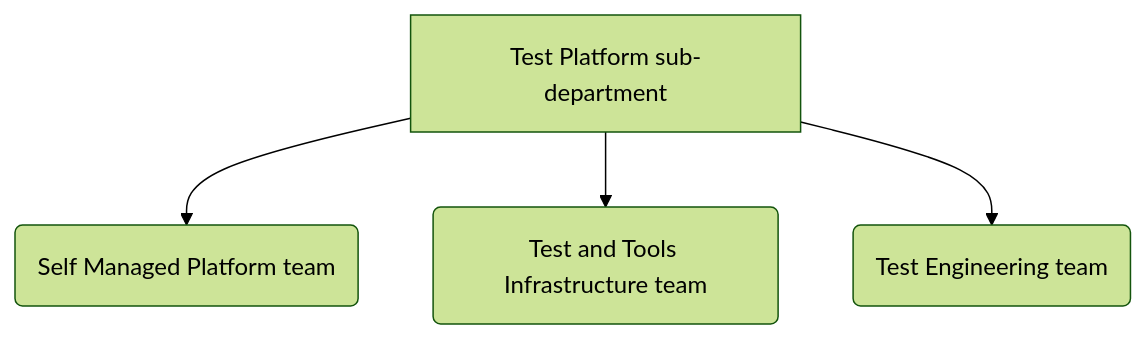
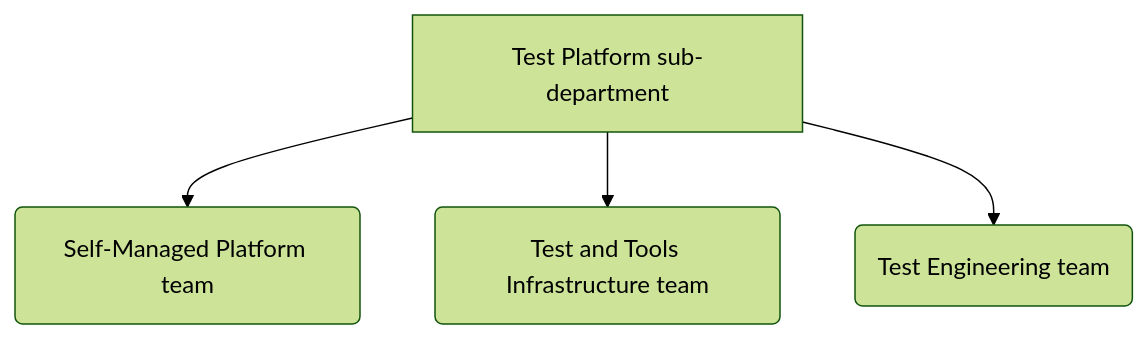
The diagram in content/handbook/engineering/infrastructure/test-platform/_index.md (secretstartups/handbook), drawn with Mermaid (forest theme) before and after one commit. The commit also changed other lines of this file, not shown here.

````diff
--- a/content/handbook/engineering/infrastructure/test-platform/_index.md
+++ b/content/handbook/engineering/infrastructure/test-platform/_index.md
@@ -125,12 +121,12 @@
 ```mermaid
 graph TD
     A[Test Platform sub-department]
-    A --> B(Self Managed Platform team)
+    A --> B(Self-Managed Platform team)
     A --> C(Test and Tools Infrastructure team)
     A --> D(Test Engineering team)
 
     click A "/handbook/engineering/infrastructure/test-platform"
     click B "/handbook/engineering/infrastructure/test-platform/self-managed-platform-team"
     click C "/handbook/engineering/infrastructure/test-platform/test-and-tools-infrastructure-team"
     click D "/handbook/engineering/infrastructure/test-platform/test-engineering-team"
 ```
````
